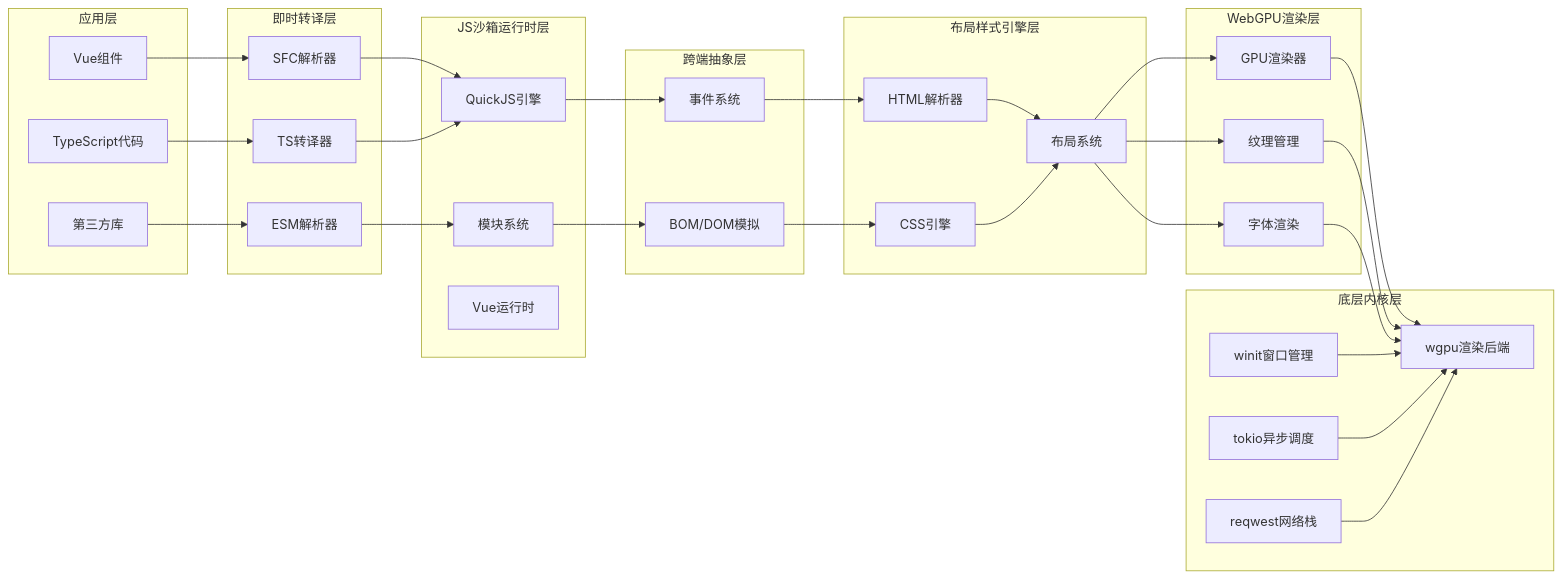
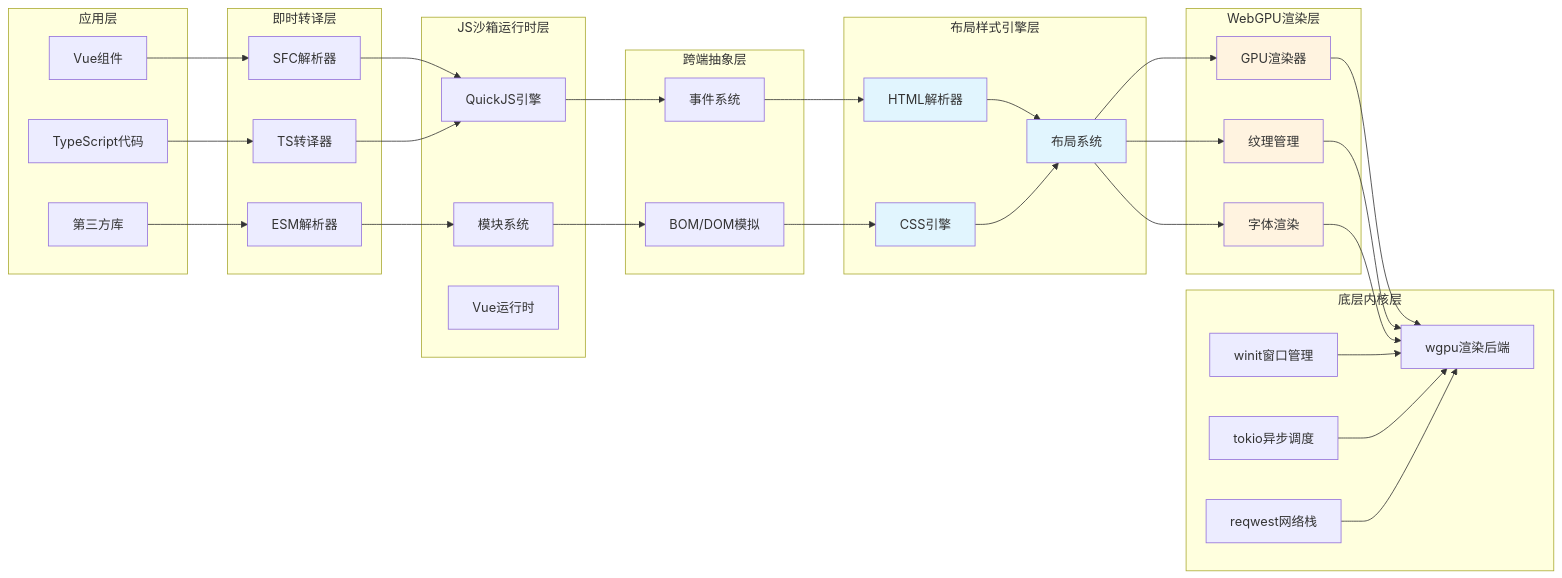
Before and after one commit to itszzl-sudo/iris: the second of 3 diagrams in .qoder/repowiki/zh/content/技术架构详解/整体架构设计/整体架构设计.md, drawn with Mermaid. The commit also changed other lines of this file and 11 other files, not shown here.

````diff
--- a/.qoder/repowiki/zh/content/技术架构详解/整体架构设计/整体架构设计.md
+++ b/.qoder/repowiki/zh/content/技术架构详解/整体架构设计/整体架构设计.md
@@ -282,59 +304,65 @@
 ```mermaid
 graph LR
 subgraph "应用层"
 A1[Vue组件]
 A2[TypeScript代码]
 A3[第三方库]
 end
 subgraph "即时转译层"
 T1[SFC解析器]
 T2[TS转译器]
 T3[ESM解析器]
 end
 subgraph "JS沙箱运行时层"
 S1[QuickJS引擎]
 S2[模块系统]
 S3[Vue运行时]
 end
 subgraph "跨端抽象层"
 U1[事件系统]
 U2[BOM/DOM模拟]
 end
 subgraph "布局样式引擎层"
 L1[HTML解析器]
 L2[CSS引擎]
 L3[布局系统]
 end
 subgraph "WebGPU渲染层"
 R1[GPU渲染器]
 R2[纹理管理]
 R3[字体渲染]
 end
 subgraph "底层内核层"
 K1[winit窗口管理]
 K2[wgpu渲染后端]
 K3[tokio异步调度]
 K4[reqwest网络栈]
 end
 A1 --> T1
 A2 --> T2
 A3 --> T3
 T1 --> S1
 T2 --> S1
 T3 --> S2
 S1 --> U1
 S2 --> U2
 U1 --> L1
 U2 --> L2
 L1 --> L3
 L2 --> L3
 L3 --> R1
 L3 --> R2
 L3 --> R3
 R1 --> K2
 R2 --> K2
 R3 --> K2
 K1 --> K2
 K3 --> K2
 K4 --> K2
+style L1 fill:#e1f5fe
+style L2 fill:#e1f5fe
+style L3 fill:#e1f5fe
+style R1 fill:#fff3e0
+style R2 fill:#fff3e0
+style R3 fill:#fff3e0
 ```
````
